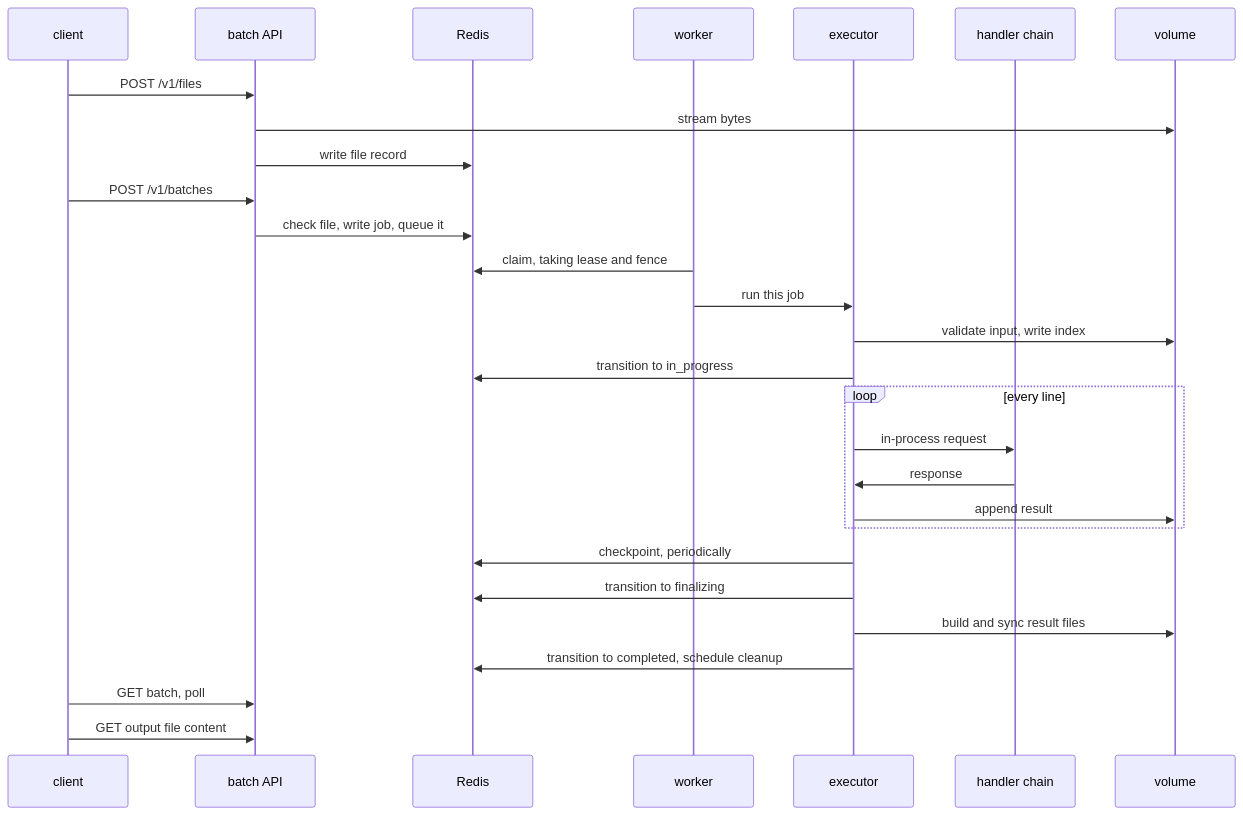
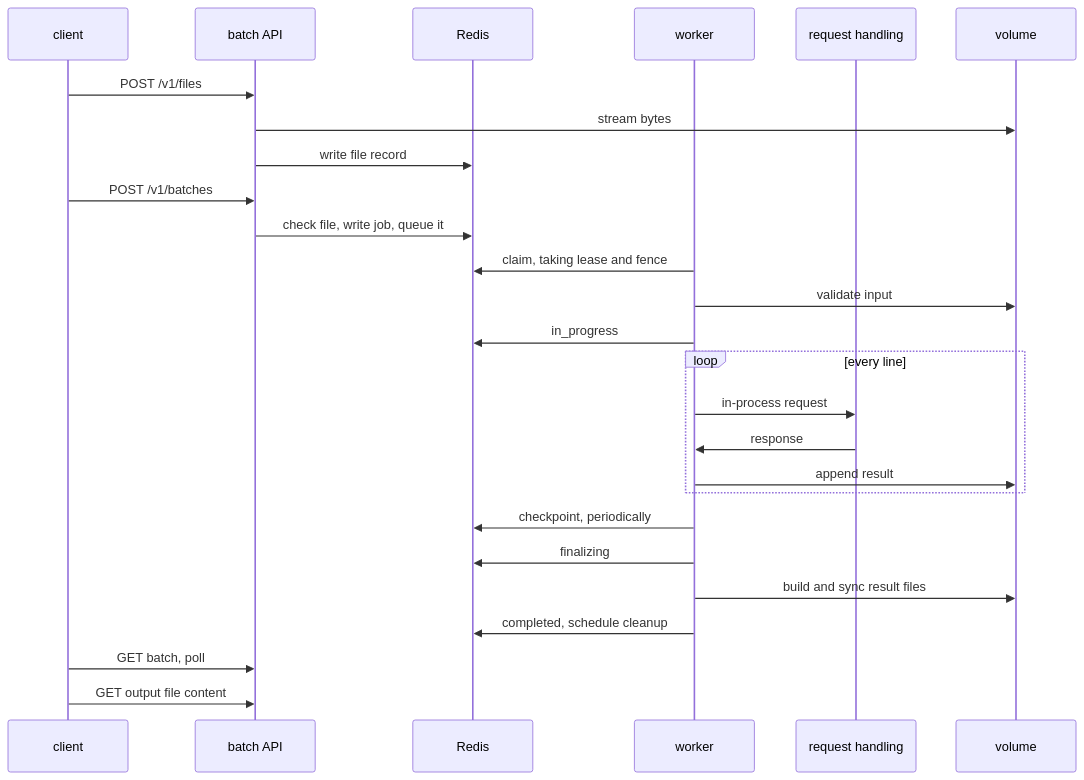
One commit to volcano-sh/kthena changed the second of 3 diagrams in docs/proposal/kthena-router-batch-api.md. Above: the diagram before and after it, drawn with Mermaid. The commit also changed other lines of this file, not shown here.

````diff
--- a/docs/proposal/kthena-router-batch-api.md
+++ b/docs/proposal/kthena-router-batch-api.md
@@ -300,31 +251,29 @@
 ```mermaid
 sequenceDiagram
     participant C as client
     participant A as batch API
     participant R as Redis
     participant W as worker
-    participant X as executor
-    participant H as handler chain
+    participant H as request handling
     participant V as volume
 
     C->>A: POST /v1/files
     A->>V: stream bytes
     A->>R: write file record
     C->>A: POST /v1/batches
     A->>R: check file, write job, queue it
     W->>R: claim, taking lease and fence
-    W->>X: run this job
-    X->>V: validate input, write index
-    X->>R: transition to in_progress
+    W->>V: validate input
+    W->>R: in_progress
     loop every line
-        X->>H: in-process request
-        H->>X: response
-        X->>V: append result
+        W->>H: in-process request
+        H->>W: response
+        W->>V: append result
     end
-    X->>R: checkpoint, periodically
-    X->>R: transition to finalizing
-    X->>V: build and sync result files
-    X->>R: transition to completed, schedule cleanup
+    W->>R: checkpoint, periodically
+    W->>R: finalizing
+    W->>V: build and sync result files
+    W->>R: completed, schedule cleanup
     C->>A: GET batch, poll
     C->>A: GET output file content
 ```
````
